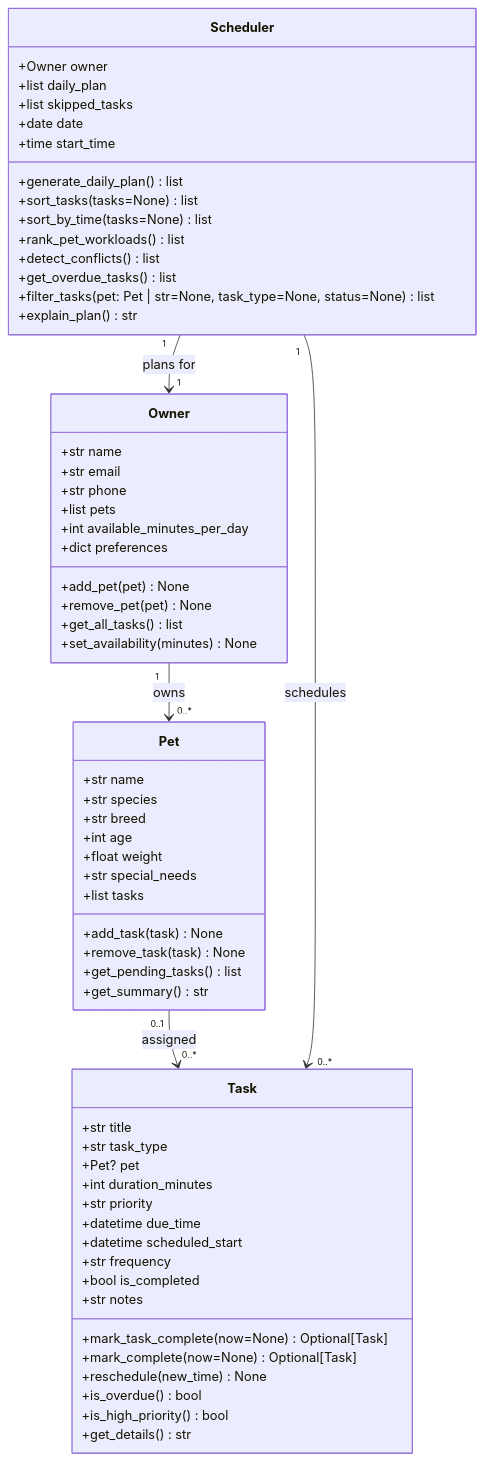
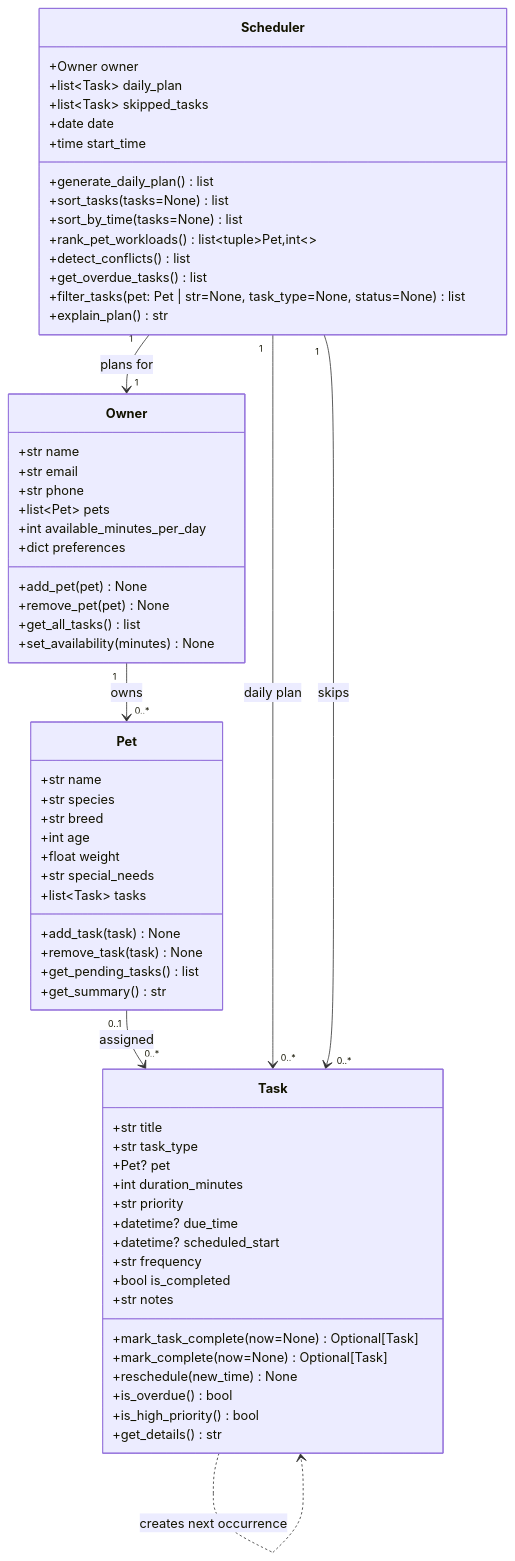
One commit to fishdrive/ai110-module2show-pawpal-starter changed the diagram in diagrams/uml.mmd. Above: the diagram before and after it, drawn with Mermaid. The commit also changed 9 other files, not shown here.

```diff
--- a/diagrams/uml.mmd
+++ b/diagrams/uml.mmd
@@ -1,67 +1,69 @@
 classDiagram
     class Owner {
         +str name
         +str email
         +str phone
-        +list pets
+        +list~Pet~ pets
         +int available_minutes_per_day
         +dict preferences
         +add_pet(pet) None
         +remove_pet(pet) None
         +get_all_tasks() list
         +set_availability(minutes) None
     }
 
     class Pet {
         +str name
         +str species
         +str breed
         +int age
         +float weight
         +str special_needs
-        +list tasks
+        +list~Task~ tasks
         +add_task(task) None
         +remove_task(task) None
         +get_pending_tasks() list
         +get_summary() str
     }
 
     class Task {
         +str title
         +str task_type
         +Pet? pet
         +int duration_minutes
         +str priority
-        +datetime due_time
-        +datetime scheduled_start
+        +datetime? due_time
+        +datetime? scheduled_start
         +str frequency
         +bool is_completed
         +str notes
         +mark_task_complete(now=None) Optional[Task]
         +mark_complete(now=None) Optional[Task]
         +reschedule(new_time) None
         +is_overdue() bool
         +is_high_priority() bool
         +get_details() str
     }
 
     class Scheduler {
         +Owner owner
-        +list daily_plan
-        +list skipped_tasks
+        +list~Task~ daily_plan
+        +list~Task~ skipped_tasks
         +date date
         +time start_time
         +generate_daily_plan() list
         +sort_tasks(tasks=None) list
         +sort_by_time(tasks=None) list
-        +rank_pet_workloads() list
+        +rank_pet_workloads() list~tuple~Pet,int~~
         +detect_conflicts() list
         +get_overdue_tasks() list
         +filter_tasks(pet: Pet | str=None, task_type=None, status=None) list
         +explain_plan() str
     }
 
     Owner "1" --> "0..*" Pet : owns
     Pet "0..1" --> "0..*" Task : assigned
+    Task ..> Task : creates next occurrence
     Scheduler "1" --> "1" Owner : plans for
-    Scheduler "1" --> "0..*" Task : schedules
+    Scheduler "1" --> "0..*" Task : daily plan
+    Scheduler "1" --> "0..*" Task : skips
```
